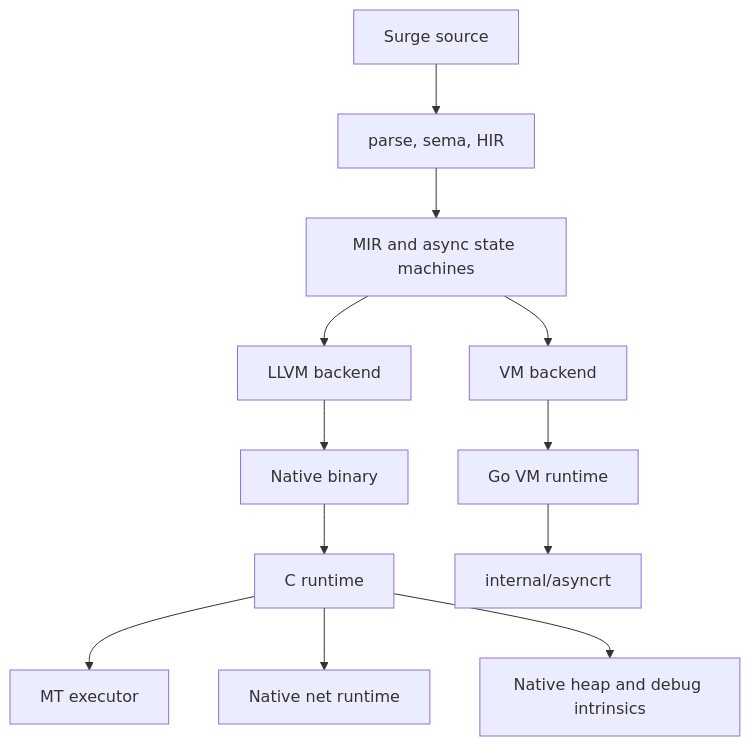
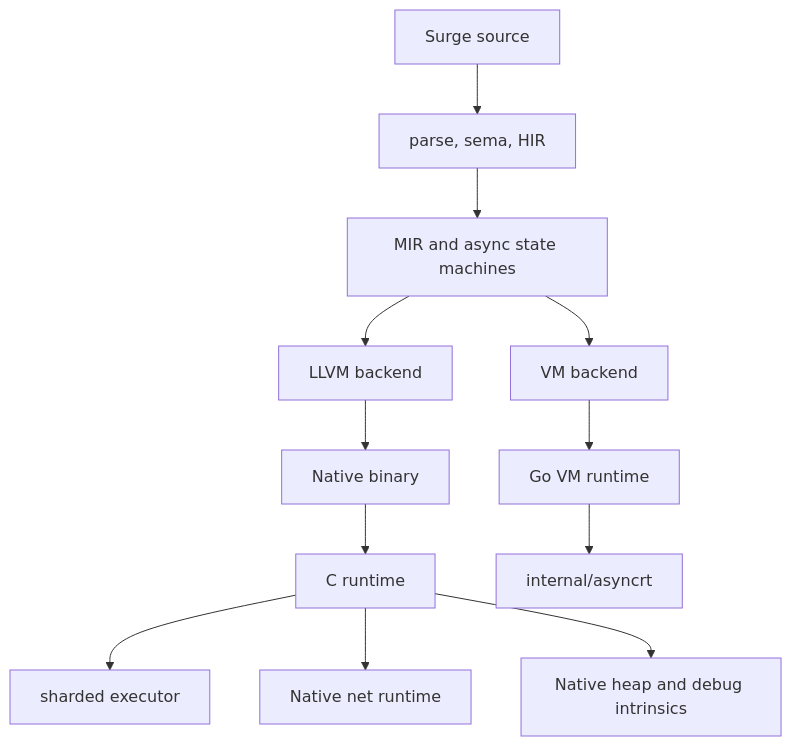
Before and after one commit to vovakirdan/surge: the first of 5 diagrams in docs/RUNTIME.ru.md, drawn with Mermaid. The commit also changed other lines of this file and 633 other files, not shown here.

````diff
--- a/docs/RUNTIME.ru.md
+++ b/docs/RUNTIME.ru.md
@@ -23,16 +26,16 @@
 ```mermaid
 flowchart TD
     Source[Surge source] --> Frontend[parse, sema, HIR]
     Frontend --> MIR[MIR and async state machines]
     MIR --> VM[VM backend]
     MIR --> LLVM[LLVM backend]
 
     VM --> VMRT[Go VM runtime]
     LLVM --> Binary[Native binary]
     Binary --> CRT[C runtime]
 
     VMRT --> VMAsync[internal/asyncrt]
-    CRT --> NativeAsync[MT executor]
+    CRT --> NativeAsync[sharded executor]
     CRT --> NativeNet[Native net runtime]
     CRT --> NativeHeap[Native heap and debug intrinsics]
 ```
````
